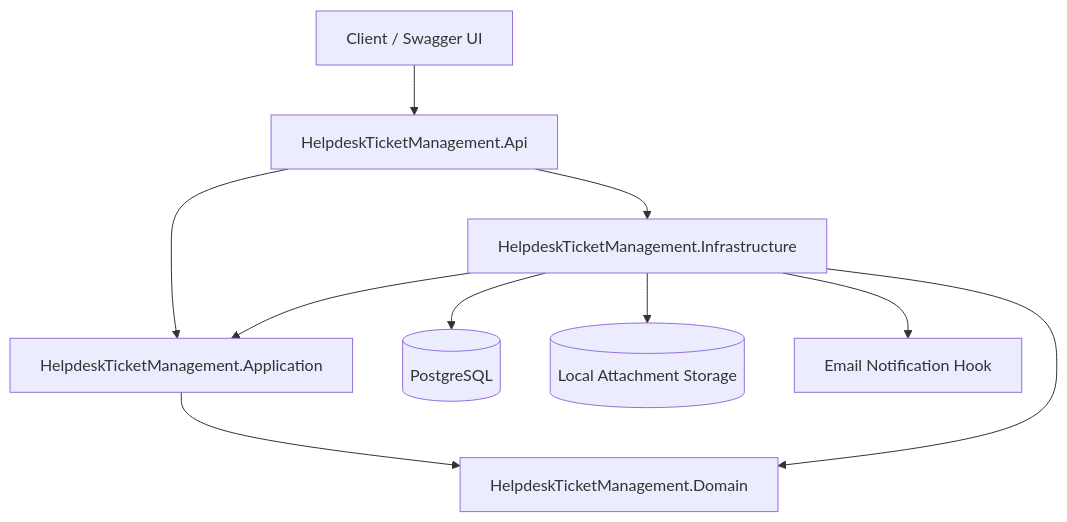
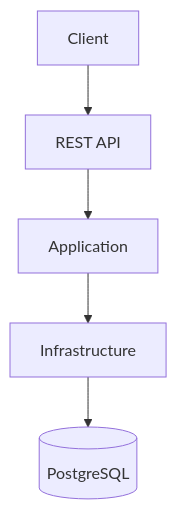
One commit to alifhaziq/helpdesk-ticket-management-api changed the diagram in README.md. Above: the diagram before and after it, drawn with Mermaid. The commit also changed other lines of this file and 1 other file, not shown here.

````diff
--- a/README.md
+++ b/README.md
@@ -28,12 +37,7 @@
 ```mermaid
 flowchart TD
-    Client[Client / Swagger UI] --> Api[HelpdeskTicketManagement.Api]
-    Api --> Application[HelpdeskTicketManagement.Application]
-    Api --> Infrastructure[HelpdeskTicketManagement.Infrastructure]
-    Infrastructure --> Application
-    Application --> Domain[HelpdeskTicketManagement.Domain]
-    Infrastructure --> Domain
+    Client[Client] --> RestApi[REST API]
+    RestApi --> Application[Application]
+    Application --> Infrastructure[Infrastructure]
     Infrastructure --> PostgreSql[(PostgreSQL)]
-    Infrastructure --> FileStorage[(Local Attachment Storage)]
-    Infrastructure --> EmailHook[Email Notification Hook]
 ```
````
